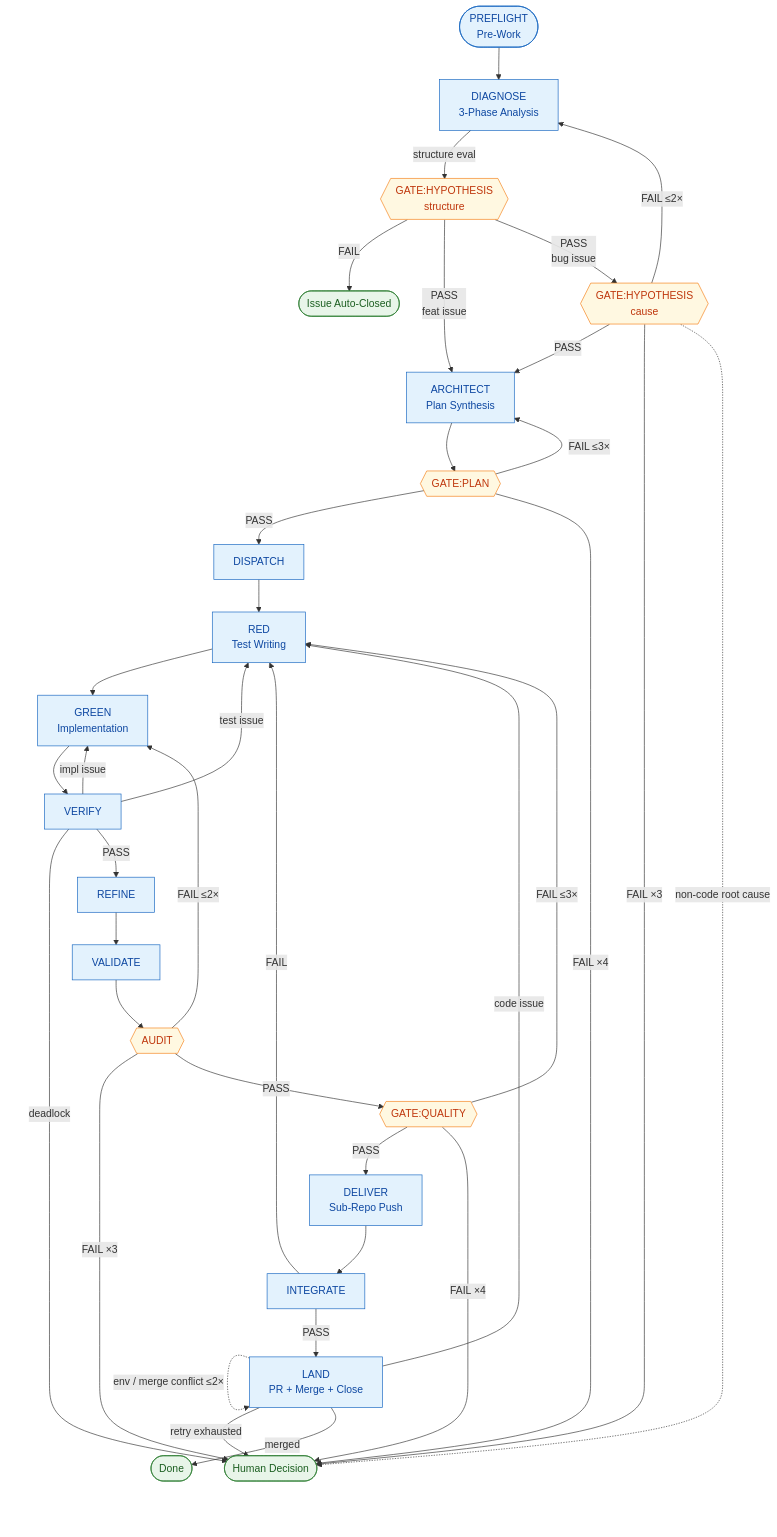
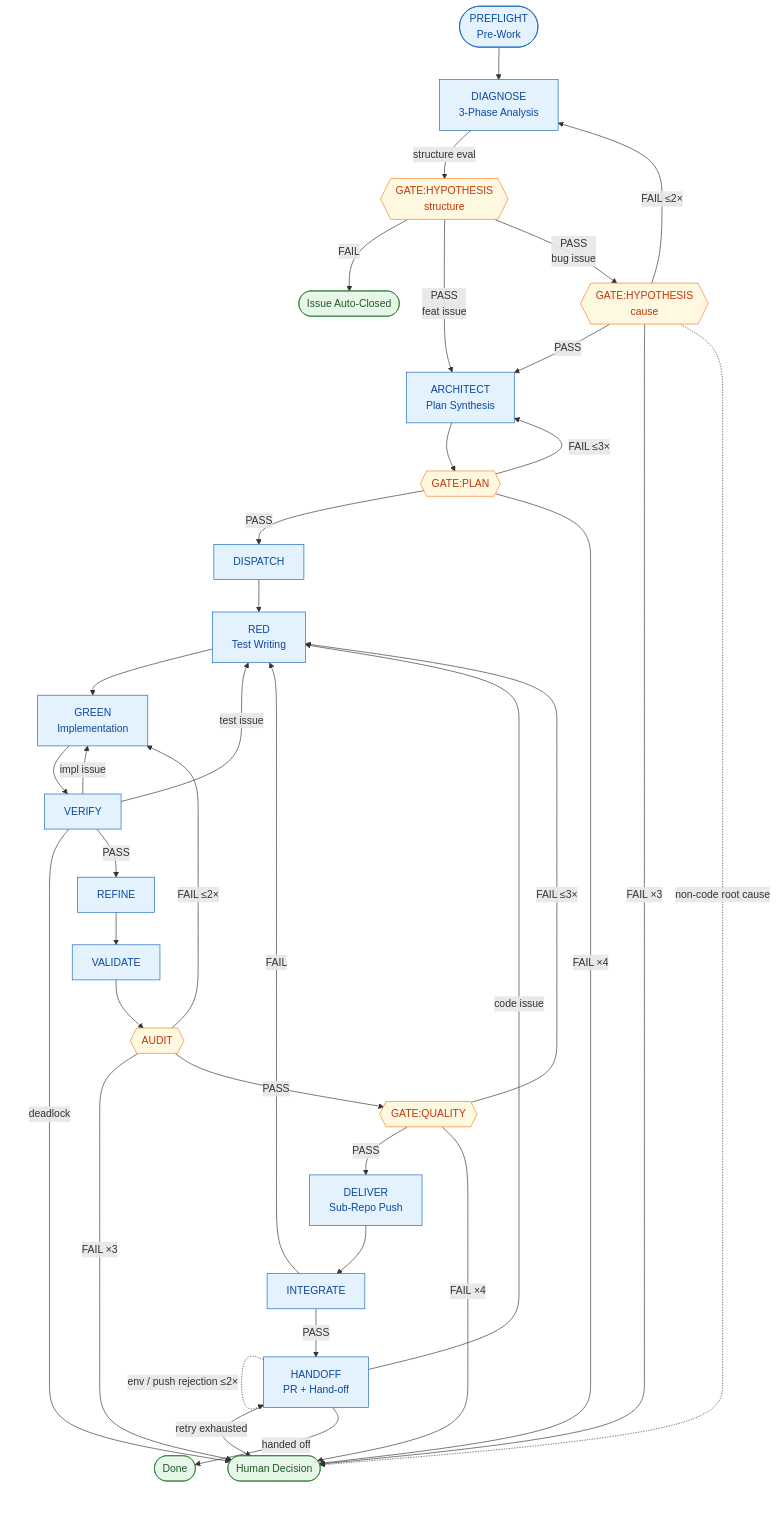
One commit to Munsik-Park/claude-autoflow changed the diagram in docs/autoflow-guide.md. Above: the diagram before and after it, drawn with Mermaid. The commit also changed other lines of this file and 8 other files, not shown here.

````diff
--- a/docs/autoflow-guide.md
+++ b/docs/autoflow-guide.md
@@ -56,63 +56,63 @@
 ```mermaid
 flowchart TD
     PRE([PREFLIGHT<br/>Pre-Work]):::phase
     DIA[DIAGNOSE<br/>3-Phase Analysis]:::phase
     HYPS{{GATE:HYPOTHESIS<br/>structure}}:::gate
     HYPC{{GATE:HYPOTHESIS<br/>cause}}:::gate
     ARC[ARCHITECT<br/>Plan Synthesis]:::phase
     PLAN{{GATE:PLAN}}:::gate
     DIS[DISPATCH]:::phase
     RED[RED<br/>Test Writing]:::phase
     GREEN[GREEN<br/>Implementation]:::phase
     VER[VERIFY]:::phase
     REF[REFINE]:::phase
     VAL[VALIDATE]:::phase
     AUD{{AUDIT}}:::gate
     QUAL{{GATE:QUALITY}}:::gate
     DEL[DELIVER<br/>Sub-Repo Push]:::phase
     INT[INTEGRATE]:::phase
-    LAND[LAND<br/>PR + Merge + Close]:::phase
+    HAND[HANDOFF<br/>PR + Hand-off]:::phase
     CLOSE([Issue Auto-Closed]):::terminal
     DONE([Done]):::terminal
     HUMAN([Human Decision]):::terminal
 
     PRE --> DIA
     DIA -->|structure eval| HYPS
     HYPS -->|FAIL| CLOSE
     HYPS -->|PASS<br/>feat issue| ARC
     HYPS -->|PASS<br/>bug issue| HYPC
     HYPC -->|PASS| ARC
     HYPC -->|FAIL ≤2×| DIA
     HYPC -->|FAIL ×3| HUMAN
     HYPC -.->|non-code root cause| HUMAN
     ARC --> PLAN
     PLAN -->|PASS| DIS
     PLAN -->|FAIL ≤3×| ARC
     PLAN -->|FAIL ×4| HUMAN
     DIS --> RED
     RED --> GREEN
     GREEN --> VER
     VER -->|test issue| RED
     VER -->|impl issue| GREEN
     VER -->|deadlock| HUMAN
     VER -->|PASS| REF
     REF --> VAL
     VAL --> AUD
     AUD -->|FAIL ≤2×| GREEN
     AUD -->|FAIL ×3| HUMAN
     AUD -->|PASS| QUAL
     QUAL -->|PASS| DEL
     QUAL -->|FAIL ≤3×| RED
     QUAL -->|FAIL ×4| HUMAN
     DEL --> INT
     INT -->|FAIL| RED
-    INT -->|PASS| LAND
-    LAND -.->|env / merge conflict ≤2×| LAND
-    LAND -->|code issue| RED
-    LAND -->|retry exhausted| HUMAN
-    LAND -->|merged| DONE
+    INT -->|PASS| HAND
+    HAND -.->|env / push rejection ≤2×| HAND
+    HAND -->|code issue| RED
+    HAND -->|retry exhausted| HUMAN
+    HAND -->|handed off| DONE
 
     classDef phase fill:#e3f2fd,stroke:#1565c0,color:#0d47a1
     classDef gate fill:#fff8e1,stroke:#f57f17,color:#bf360c
     classDef terminal fill:#e8f5e9,stroke:#2e7d32,color:#1b5e20
 ```
````
